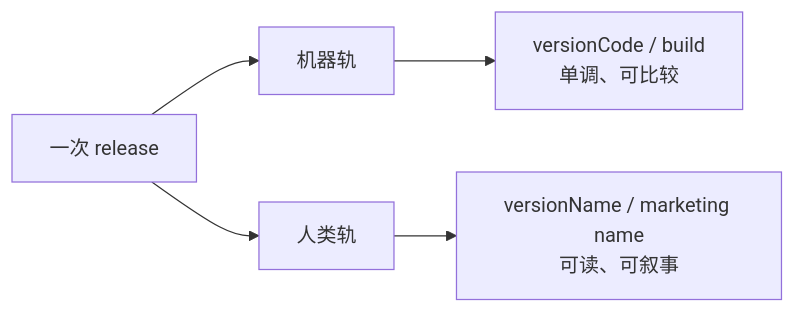
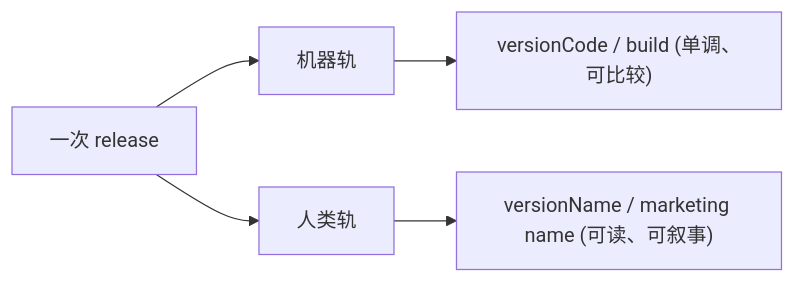
The second of 2 diagrams in content/posts/version-numbering-from-semver-to-0-1-1001/index.md (AIMFllyYS/Blog-YuSheng), drawn with Mermaid before and after one commit. The commit also changed other lines of this file and 24 other files, not shown here.

````diff
--- a/content/posts/version-numbering-from-semver-to-0-1-1001/index.md
+++ b/content/posts/version-numbering-from-semver-to-0-1-1001/index.md
@@ -498,7 +498,7 @@
 ```mermaid
 flowchart LR
   R[一次 release] --> M[机器轨]
   R --> H[人类轨]
-  M --> M1[versionCode / build<br/>单调、可比较]
-  H --> H1[versionName / marketing name<br/>可读、可叙事]
+  M --> M1["versionCode / build (单调、可比较)"]
+  H --> H1["versionName / marketing name (可读、可叙事)"]
 ```
````
